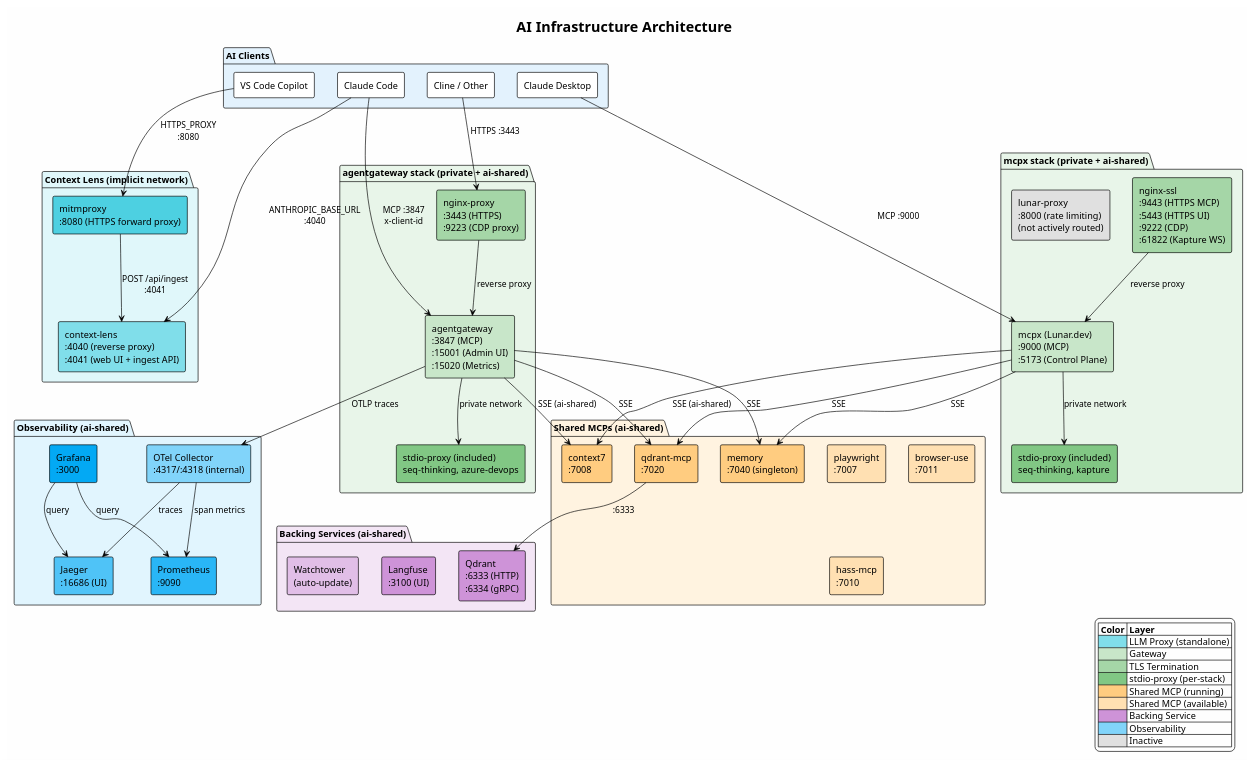
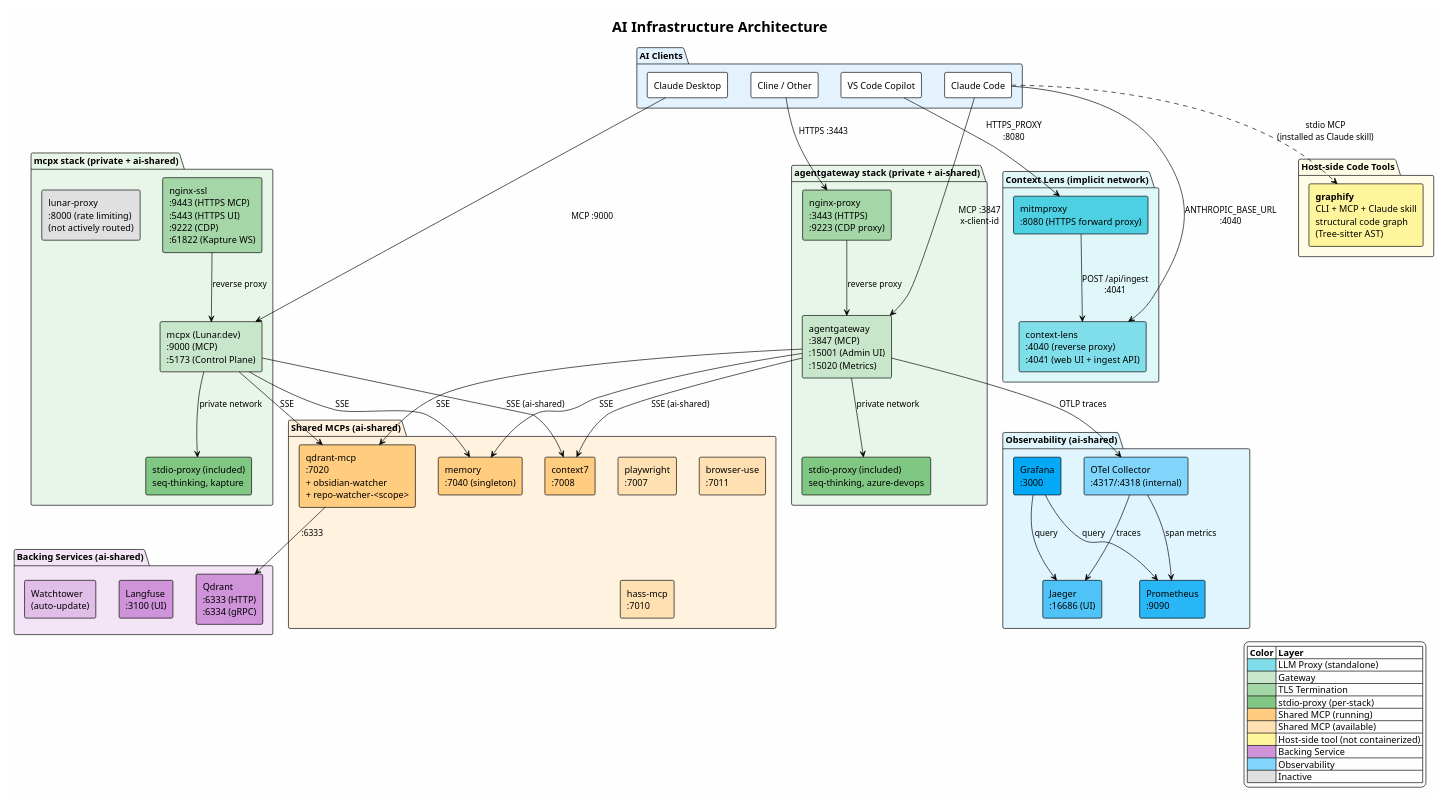
The diagram in README.md (bobthearsonist/ai-infrastructure), drawn with PlantUML before and after one commit. The commit also changed other lines of this file and 1 other file, not shown here.

```diff
--- a/README.md
+++ b/README.md
@@ -48,11 +48,16 @@
 ' === Shared MCPs (ai-shared network) ===
 package "Shared MCPs (ai-shared)" as shared_mcps #FFF3E0 {
   [context7\n:7008] as context7 #FFCC80
-  [qdrant-mcp\n:7020] as qdrant_mcp #FFCC80
+  [qdrant-mcp\n:7020\n+ obsidian-watcher\n+ repo-watcher-<scope>] as qdrant_mcp #FFCC80
   [memory\n:7040 (singleton)] as memory #FFCC80
   [playwright\n:7007] as playwright #FFE0B2
   [browser-use\n:7011] as browser_use #FFE0B2
   [hass-mcp\n:7010] as hass_mcp #FFE0B2
+}
+
+' === Host-side Code Tools (NOT containers — installed on host) ===
+package "Host-side Code Tools" as host_tools #FFFDE7 {
+  component "**graphify**\nCLI + MCP + Claude skill\nstructural code graph\n(Tree-sitter AST)" as graphify #FFF59D
 }
 
 ' === Backing Services ===
@@ -97,6 +102,9 @@
 mcpx --> qdrant_mcp : SSE
 mcpx --> memory : SSE
 
+' Host-side tools (stdio MCP — connects directly to client, not through gateway)
+claude_code ..> graphify : stdio MCP\n(installed as Claude skill)
+
 ' Backing
 qdrant_mcp --> qdrant : :6333
 
@@ -116,6 +124,7 @@
   | <#81C784> | stdio-proxy (per-stack) |
   | <#FFCC80> | Shared MCP (running) |
   | <#FFE0B2> | Shared MCP (available) |
+  | <#FFF59D> | Host-side tool (not containerized) |
   | <#CE93D8> | Backing Service |
   | <#81D4FA> | Observability |
   | <#E0E0E0> | Inactive |
```
